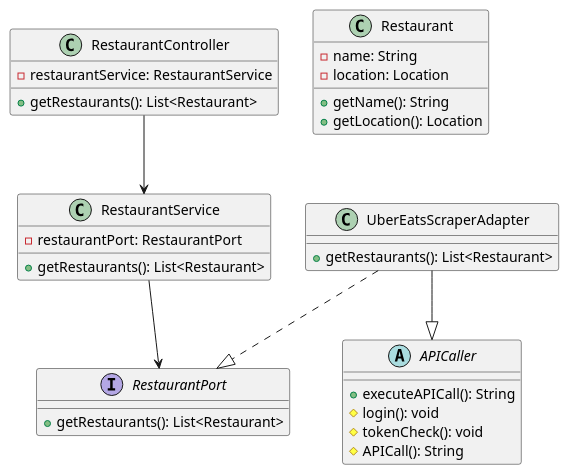
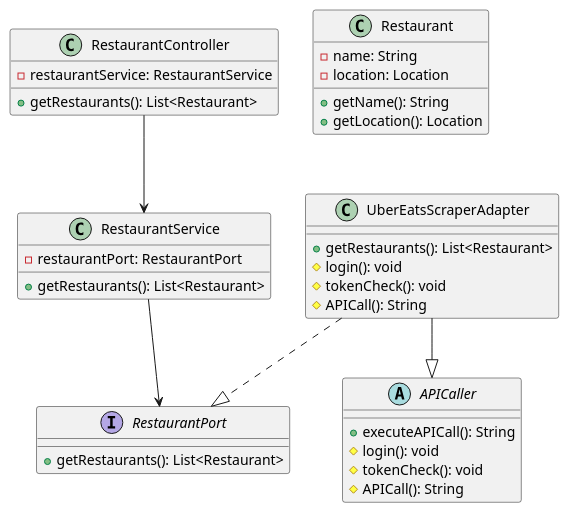
The diagram in voorbereiding-les3-week2/classDiagramBE-eva.puml (AIM-ENE-feb25/triptop-beca), drawn with PlantUML before and after one commit.

Commit message:
methoden vergeten in klassendiagram

```diff
--- a/voorbereiding-les3-week2/classDiagramBE-eva.puml
+++ b/voorbereiding-les3-week2/classDiagramBE-eva.puml
@@ -1,44 +1,47 @@
 @startuml
 'https://plantuml.com/class-diagram
 
 class RestaurantController {
 - restaurantService: RestaurantService
 
 + getRestaurants(): List<Restaurant>
 }
 
 class RestaurantService {
 - restaurantPort: RestaurantPort
 
 + getRestaurants(): List<Restaurant>
 }
 
 abstract class APICaller {
 + executeAPICall(): String
 # login(): void
 # tokenCheck(): void
 # APICall(): String
 }
 
 interface RestaurantPort {
 + getRestaurants(): List<Restaurant>
 }
 
 class UberEatsScraperAdapter {
 + getRestaurants(): List<Restaurant>
+# login(): void
+# tokenCheck(): void
+# APICall(): String
 }
 
 class Restaurant {
 - name: String
 - location: Location
 + getName(): String
 + getLocation(): Location
 }
 
 RestaurantController --> RestaurantService
 RestaurantService --> RestaurantPort
 UberEatsScraperAdapter ..|> RestaurantPort
 UberEatsScraperAdapter --|> APICaller
 
 
 @enduml
```
